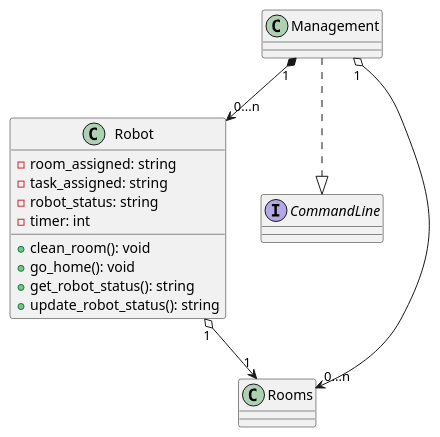
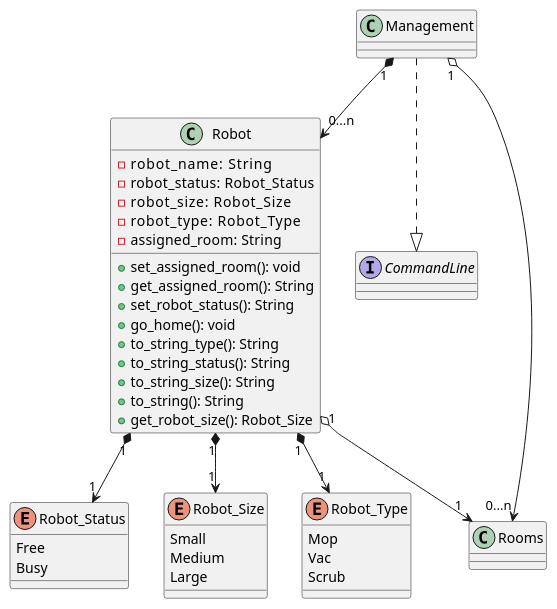
One commit to ur-cs-courses/course-project-krykna changed the diagram in docs/design/class_diagrams/robot_class_diagram.puml. Above: the diagram before and after it, drawn with PlantUML. The commit also changed 6 other files, not shown here.

```diff
--- a/docs/design/class_diagrams/robot_class_diagram.puml
+++ b/docs/design/class_diagrams/robot_class_diagram.puml
@@ -1,20 +1,45 @@
 @startuml
 class Robot {
-  - room_assigned: string
-  - task_assigned: string
-  - robot_status: string
-  - timer: int
-  
-  + clean_room(): void
+  - robot_name:     String
+  - robot_status:   Robot_Status
+  - robot_size:     Robot_Size
+  - robot_type:     Robot_Type
+  - assigned_room:  String
+  + set_assigned_room(): void
+  + get_assigned_room(): String
+  + set_robot_status(): String
   + go_home(): void
-  + get_robot_status(): string
-  + update_robot_status(): string
+  + to_string_type(): String
+  + to_string_status(): String
+  + to_string_size(): String
+  + to_string(): String
+  + get_robot_size(): Robot_Size
+}
+
+enum Robot_Status {
+    Free
+    Busy
+}
+
+enum Robot_Size {
+    Small
+    Medium
+    Large
+}
+
+enum Robot_Type {
+    Mop
+    Vac
+    Scrub
 }
 
 interface CommandLine {}
 
 Management "1" o--> "0...n" Rooms
 Management "1" *--> "0...n" Robot
 Robot "1" o--> "1" Rooms
+Robot "1" *--> "1" Robot_Status
+Robot "1" *--> "1" Robot_Size
+Robot "1" *--> "1" Robot_Type
 Management ..|> CommandLine
 @enduml
```
